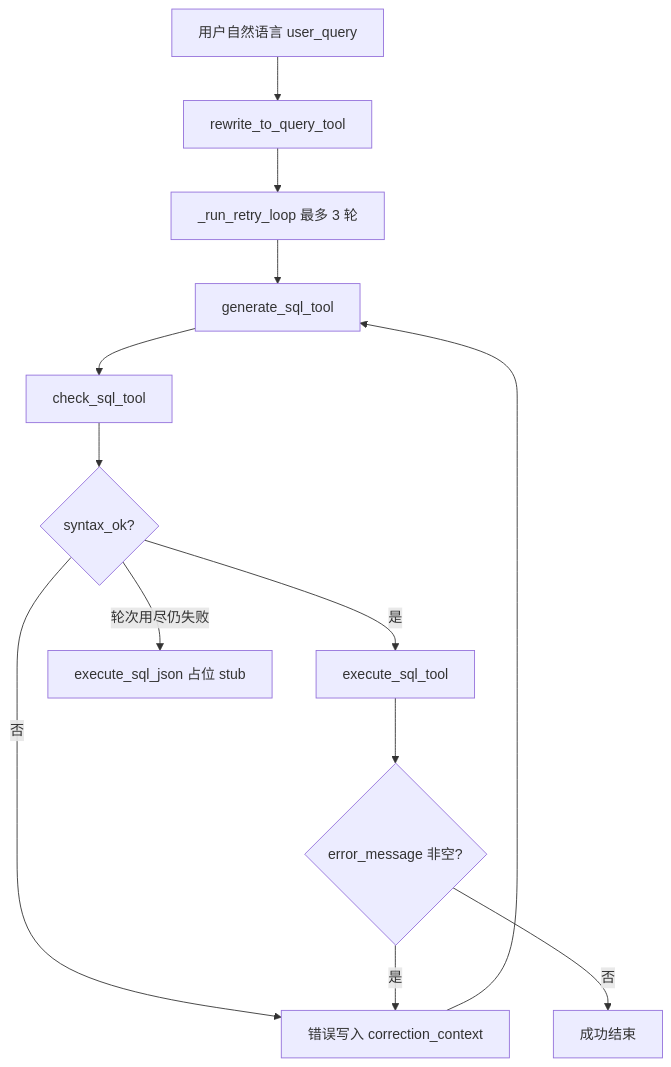
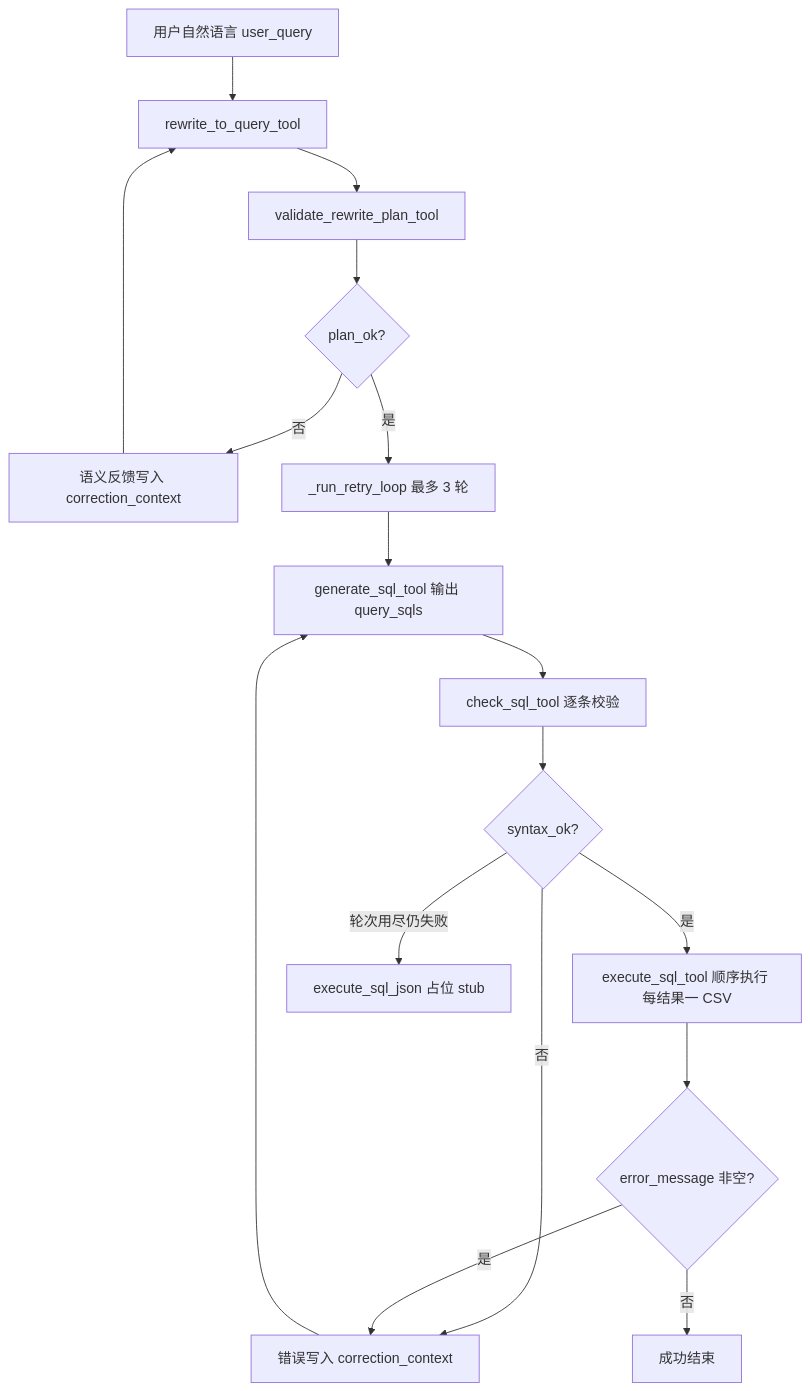
One commit to ycc250303/Agentic-BI-Driven-Multi-Table-E-Commerce-Operations-Analysis-and-Decision-Intelligence-System changed the diagram in agents/sql_agent/readme.md. Above: the diagram before and after it, drawn with Mermaid. The commit also changed other lines of this file and 17 other files, not shown here.

````diff
--- a/agents/sql_agent/readme.md
+++ b/agents/sql_agent/readme.md
@@ -55,15 +74,19 @@
 ```mermaid
 flowchart TD
   A[用户自然语言 user_query] --> B[rewrite_to_query_tool]
-  B --> C[_run_retry_loop 最多 3 轮]
-  C --> D[generate_sql_tool]
-  D --> E[check_sql_tool]
-  E --> F{syntax_ok?}
-  F -->|否| G[错误写入 correction_context]
-  G --> D
-  F -->|是| H[execute_sql_tool]
-  H --> I{error_message 非空?}
-  I -->|是| G
-  I -->|否| J[成功结束]
-  F -->|轮次用尽仍失败| K[execute_sql_json 占位 stub]
+  B --> C[validate_rewrite_plan_tool]
+  C --> D{plan_ok?}
+  D -->|否| E[语义反馈写入 correction_context]
+  E --> B
+  D -->|是| F[_run_retry_loop 最多 3 轮]
+  F --> G[generate_sql_tool 输出 query_sqls]
+  G --> H[check_sql_tool 逐条校验]
+  H --> I{syntax_ok?}
+  I -->|否| J[错误写入 correction_context]
+  J --> G
+  I -->|是| K[execute_sql_tool 顺序执行 每结果一 CSV]
+  K --> L{error_message 非空?}
+  L -->|是| J
+  L -->|否| M[成功结束]
+  I -->|轮次用尽仍失败| N[execute_sql_json 占位 stub]
 ```
````
